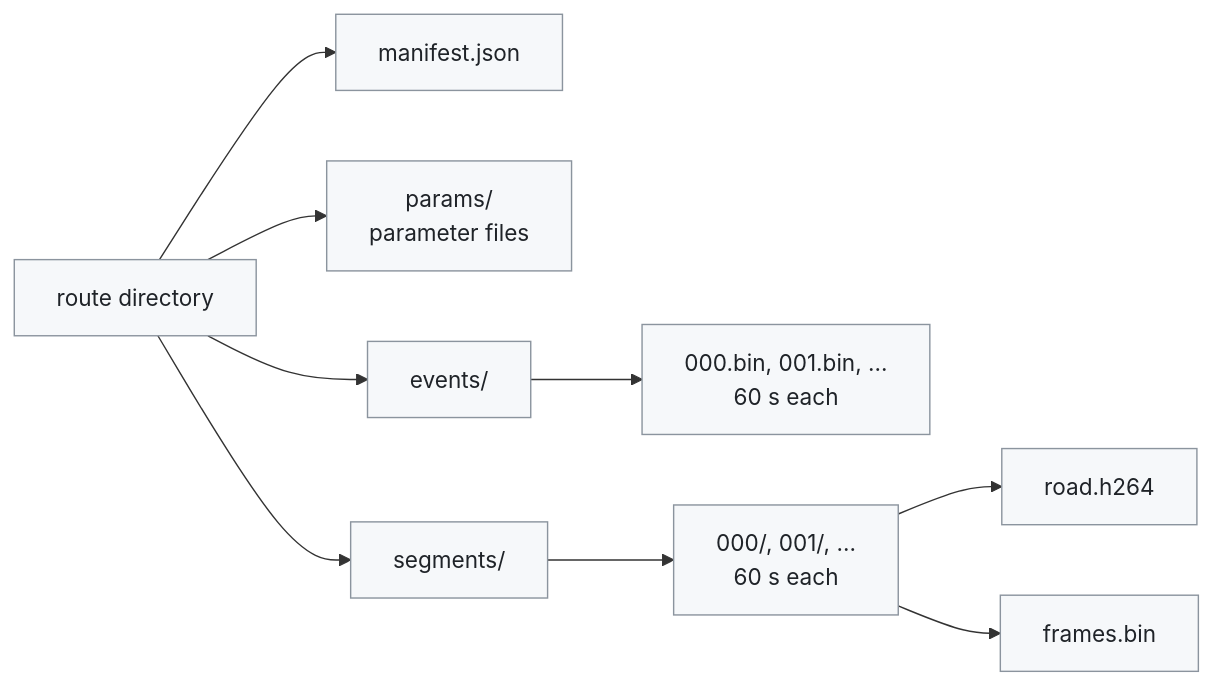
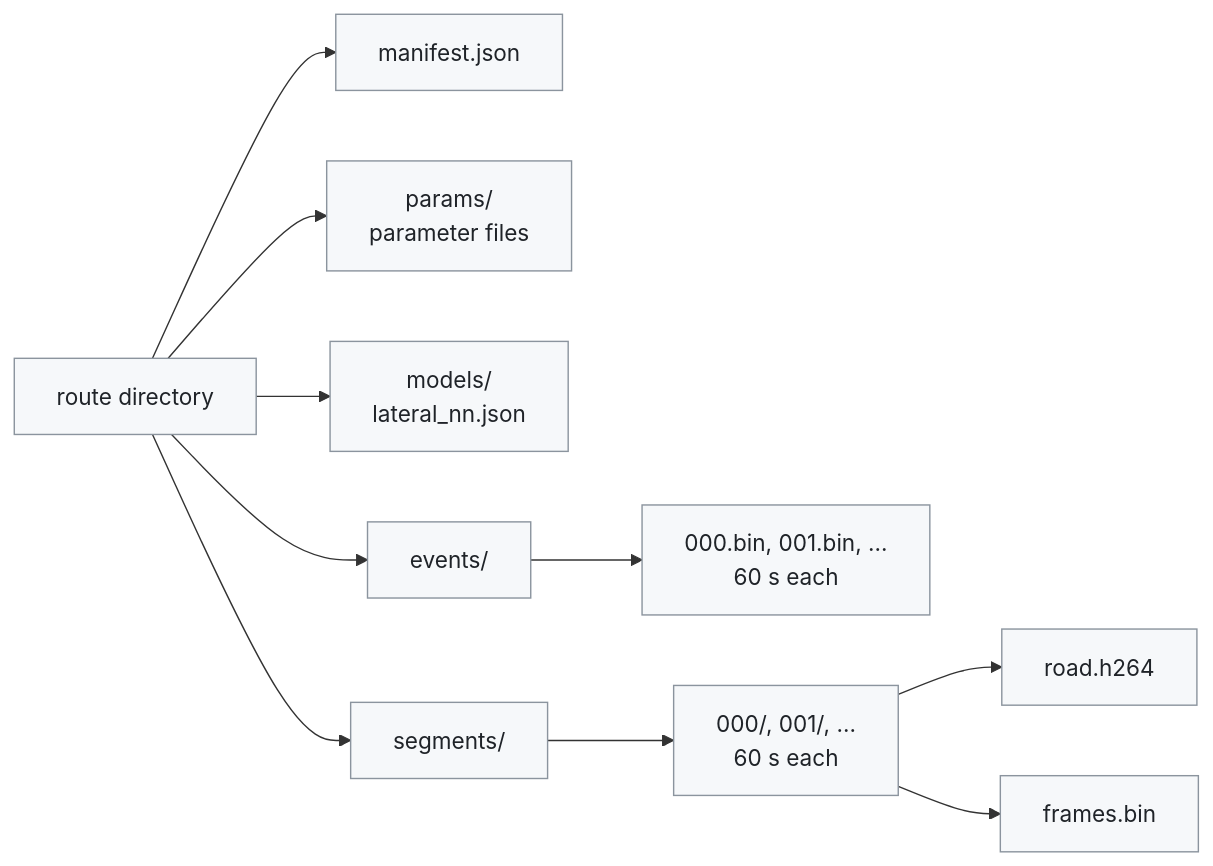
One commit to Deggory/edgepilot changed the third of 3 diagrams in docs/recording.md. Above: the diagram before and after it, drawn with Mermaid. The commit also changed other lines of this file and 55 other files, not shown here.

````diff
--- a/docs/recording.md
+++ b/docs/recording.md
@@ -89,13 +89,14 @@
 ```mermaid
 flowchart LR
     route["route directory"] --> manifest["manifest.json"]
     route --> params["params/<br>parameter files"]
+    route --> models["models/<br>lateral_nn.json"]
     route --> events["events/"]
     events --> e0["000.bin, 001.bin, ...<br>60 s each"]
     route --> segments["segments/"]
     segments --> s0["000/, 001/, ...<br>60 s each"]
     s0 --> video["road.h264"]
     s0 --> index["frames.bin"]
     classDef proc fill:#f6f8fa,stroke:#8b949e,color:#1f2328
-    class route,manifest,params,events,e0,segments,s0,video,index proc
+    class route,manifest,params,models,events,e0,segments,s0,video,index proc
 ```
````
